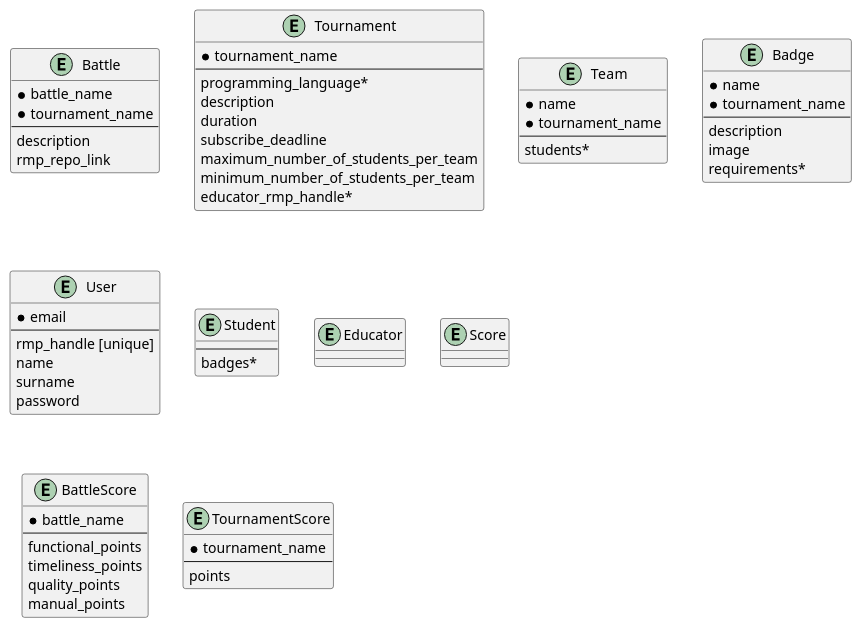
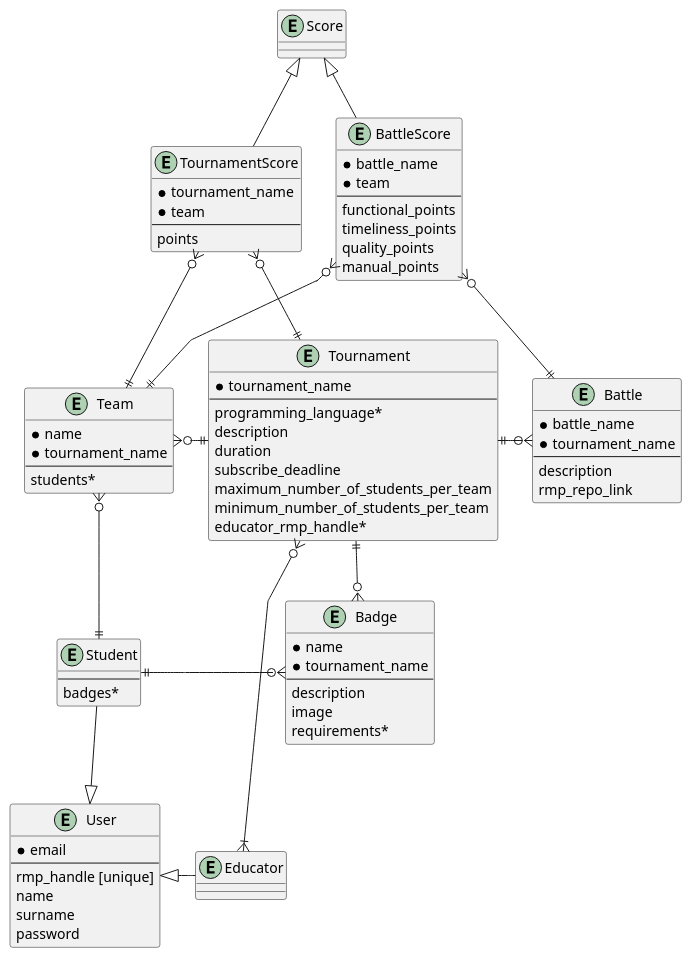
The diagram in _DD/Images/E-RDiagram/e-rDiagram.wsd (Angelo7672/SE2_Requirement-and-Design-Document), drawn with PlantUML before and after one commit. The commit also changed 5 other files, not shown here.

Commit message:
typo fix, update first e sequence and ER

```diff
--- a/_DD/Images/E-RDiagram/e-rDiagram.wsd
+++ b/_DD/Images/E-RDiagram/e-rDiagram.wsd
@@ -1,73 +1,99 @@
 @startuml
+skinparam linetype polyline
+
 entity Battle {
     * battle_name
     * tournament_name
     --
     description
     rmp_repo_link
 }
 
 entity Tournament {
     * tournament_name
     --
     programming_language*
     description
     duration
     subscribe_deadline
     maximum_number_of_students_per_team
     minimum_number_of_students_per_team
     educator_rmp_handle*
 }
 
 entity Team {
     * name
     * tournament_name
     --
     students*
 }
 
 entity Badge {
     * name
     * tournament_name
     --
     description
     image
     requirements*
 }
 
 entity User {
     * email
     --
     rmp_handle [unique]
     name
     surname
     password
 }
 
 entity Student {
     --
     badges*
 }
 
 entity Educator{
 }
 
 entity Score {
 }
 
 entity BattleScore {
     * battle_name
+    * team
     --
     functional_points
     timeliness_points
     quality_points
     manual_points
 }
 
 entity TournamentScore {
     * tournament_name
+    * team
     --
     points
 }
 
+'User <|-- Student
+User <|- Educator
+Student --|> User
+'Educator --|> User
+
+Score <|-- BattleScore
+Score <|-- TournamentScore
+
+
+Tournament ||-o{ Battle
+Tournament ||--o{ Badge
+Team }o-|| Tournament
+
+Student ||-o{ Badge
+Team }o--|| Student
+
+Tournament }o--|{ Educator
+
+BattleScore }o--|| Team
+TournamentScore }o--|| Team
+BattleScore }o--|| Battle
+TournamentScore }o--|| Tournament
 @enduml
```
